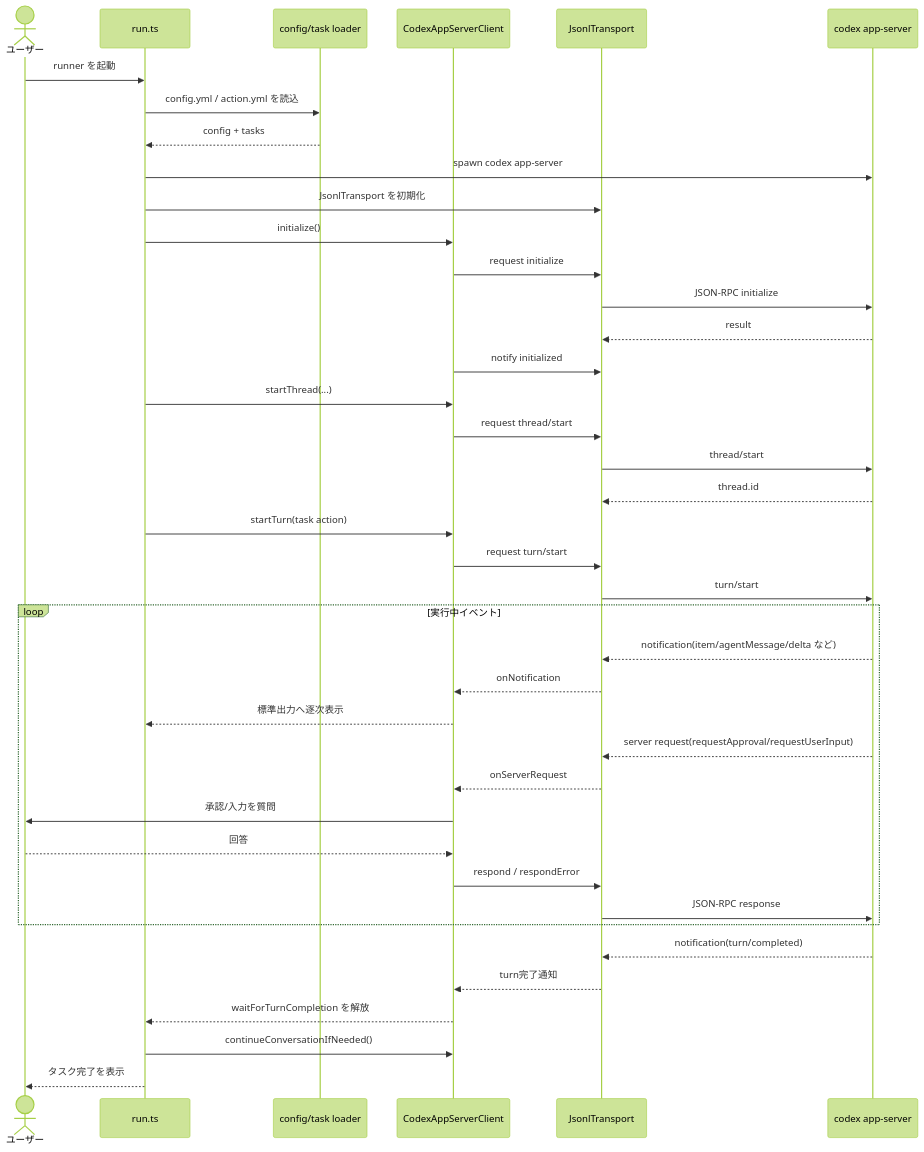
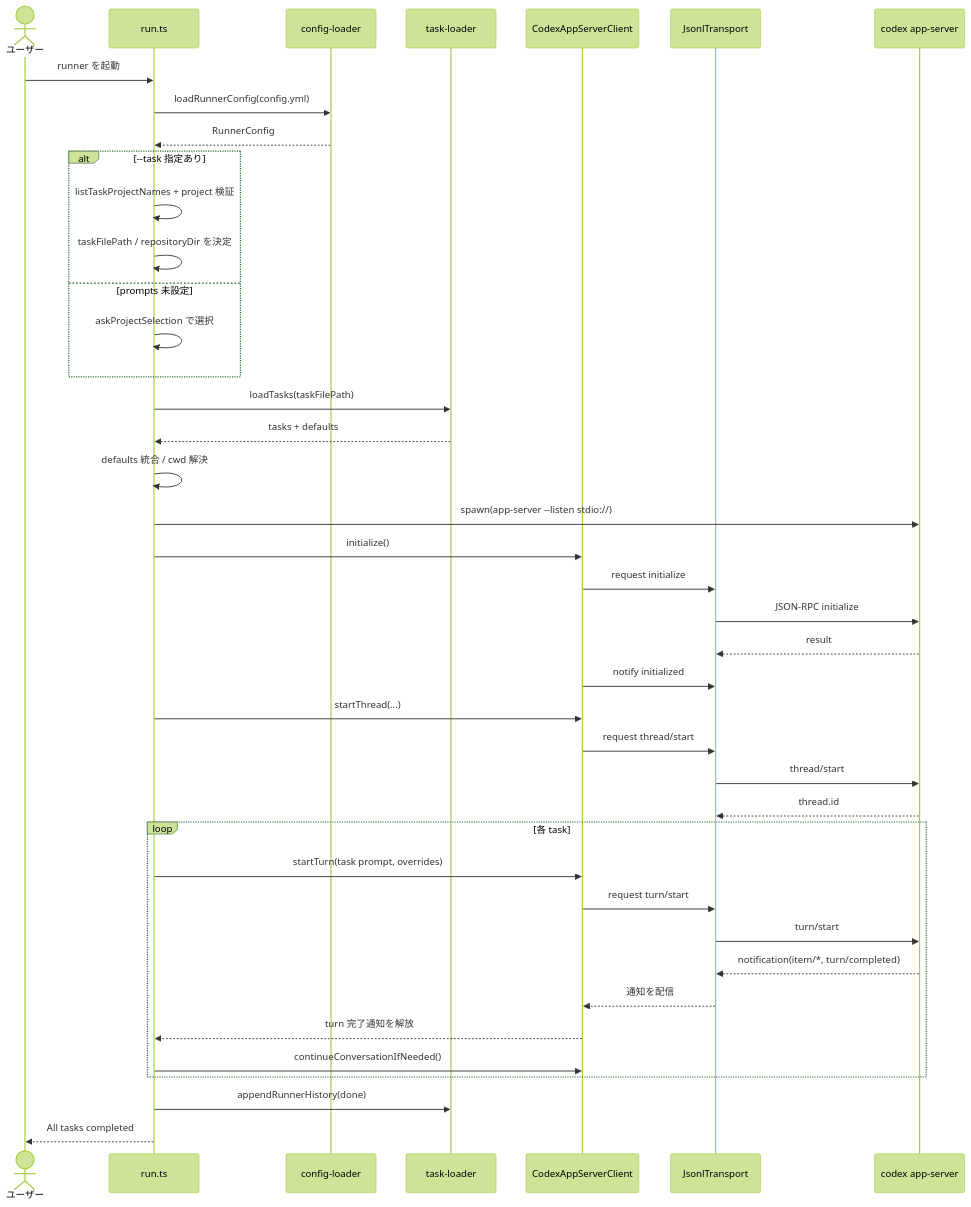
The second of 3 diagrams in docs/runner.md (sunb256/vibe-task), drawn with Mermaid (forest theme) before and after one commit. The commit also changed other lines of this file and 7 other files, not shown here.

````diff
--- a/docs/runner.md
+++ b/docs/runner.md
@@ -40,47 +46,50 @@
 ```mermaid
 sequenceDiagram
-  actor User as ユーザー
-  participant Runner as run.ts
-  participant Loader as config/task loader
-  participant Client as CodexAppServerClient
-  participant Transport as JsonlTransport
-  participant Server as codex app-server
+    actor User as ユーザー
+    participant Runner as run.ts
+    participant Config as config-loader
+    participant Tasks as task-loader
+    participant Client as CodexAppServerClient
+    participant Transport as JsonlTransport
+    participant Server as codex app-server
 
-  User->>Runner: runner を起動
-  Runner->>Loader: config.yml / action.yml を読込
-  Loader-->>Runner: config + tasks
-  Runner->>Server: spawn codex app-server
-  Runner->>Transport: JsonlTransport を初期化
-  Runner->>Client: initialize()
-  Client->>Transport: request initialize
-  Transport->>Server: JSON-RPC initialize
-  Server-->>Transport: result
-  Client->>Transport: notify initialized
+    User->>Runner: runner を起動
+    Runner->>Config: loadRunnerConfig(config.yml)
+    Config-->>Runner: RunnerConfig
 
-  Runner->>Client: startThread(...)
-  Client->>Transport: request thread/start
-  Transport->>Server: thread/start
-  Server-->>Transport: thread.id
+    alt --task 指定あり
+      Runner->>Runner: listTaskProjectNames + project 検証
+      Runner->>Runner: taskFilePath / repositoryDir を決定
+    else prompts 未設定
+      Runner->>Runner: askProjectSelection で選択
+    end
 
-  Runner->>Client: startTurn(task action)
-  Client->>Transport: request turn/start
-  Transport->>Server: turn/start
+    Runner->>Tasks: loadTasks(taskFilePath)
+    Tasks-->>Runner: tasks + defaults
+    Runner->>Runner: defaults 統合 / cwd 解決
 
-  loop 実行中イベント
-    Server-->>Transport: notification(item/agentMessage/delta など)
-    Transport-->>Client: onNotification
-    Client-->>Runner: 標準出力へ逐次表示
-    Server-->>Transport: server request(requestApproval/requestUserInput)
-    Transport-->>Client: onServerRequest
-    Client->>User: 承認/入力を質問
-    User-->>Client: 回答
-    Client->>Transport: respond / respondError
-    Transport->>Server: JSON-RPC response
-  end
+    Runner->>Server: spawn(app-server --listen stdio://)
+    Runner->>Client: initialize()
+    Client->>Transport: request initialize
+    Transport->>Server: JSON-RPC initialize
+    Server-->>Transport: result
+    Client->>Transport: notify initialized
 
-  Server-->>Transport: notification(turn/completed)
-  Transport-->>Client: turn完了通知
-  Client-->>Runner: waitForTurnCompletion を解放
-  Runner->>Client: continueConversationIfNeeded()
-  Runner-->>User: タスク完了を表示
+    Runner->>Client: startThread(...)
+    Client->>Transport: request thread/start
+    Transport->>Server: thread/start
+    Server-->>Transport: thread.id
+
+    loop 各 task
+      Runner->>Client: startTurn(task prompt, overrides)
+      Client->>Transport: request turn/start
+      Transport->>Server: turn/start
+      Server-->>Transport: notification(item/*, turn/completed)
+      Transport-->>Client: 通知を配信
+      Client-->>Runner: turn 完了通知を解放
+      Runner->>Client: continueConversationIfNeeded()
+    end
+
+    Runner->>Tasks: appendRunnerHistory(done)
+    Runner-->>User: All tasks completed
 ```
````
